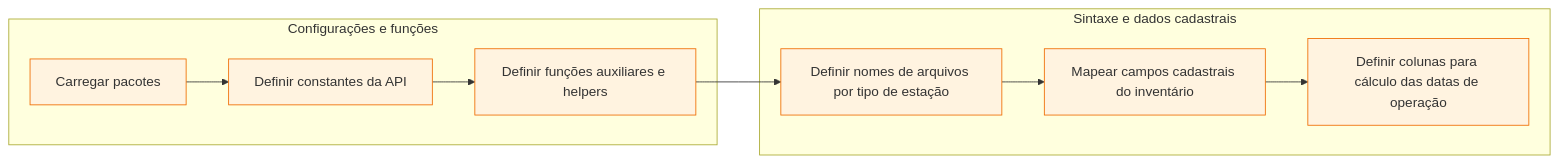
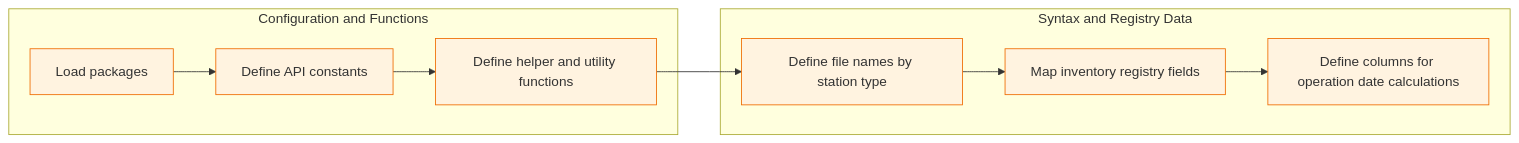
Before and after one commit to cidacslab/plataforma-clima-ambiente-readthedocs: the first of 4 diagrams in docs/source/ana_data.rst, drawn with Mermaid. The commit also changed other lines of this file and 7 other files, not shown here.

```diff
--- a/docs/source/ana_data.rst
+++ b/docs/source/ana_data.rst
@@ -186,25 +164,24 @@
 .. mermaid::
   flowchart LR
-    subgraph S1["Configurações e funções"]
-      A1["Carregar pacotes"]:::configCode
-      A2["Definir constantes da API"]:::configCode
-      A3["Definir funções auxiliares e helpers"]:::configCode
+    subgraph S1["Configuration and Functions"]
+      A1["Load packages"]:::configCode
+      A2["Define API constants"]:::configCode
+      A3["Define helper and utility functions"]:::configCode
       A1 --> A2 --> A3
     end
 
-    subgraph S2["Sintaxe e dados cadastrais"]
-      B1["Definir nomes de arquivos por tipo de estação"]:::configCode
-      B2["Mapear campos cadastrais do inventário"]:::configCode
-      B3["Definir colunas para cálculo das datas de operação"]:::configCode
+    subgraph S2["Syntax and Registry Data"]
+      B1["Define file names by station type"]:::configCode
+      B2["Map inventory registry fields"]:::configCode
+      B3["Define columns for operation date calculations"]:::configCode
       B1 --> B2 --> B3
     end
 
-    %% Conexões entre secoes via node
-    %%S1 --> S2
+    %% Connections between sections via node
     A3 --> B1
 
-    %% Paleta de cores
+    %% Color palette
     classDef configCode fill:#fff3e0,stroke:#ef6c00;
     classDef reqCode fill:#e3f2fd,stroke:#1565c0;
     classDef validacao fill:#e8f5e9,stroke:#2e7d32;
     classDef exportacao fill:#ede7f6,stroke:#5e35b1;
```
